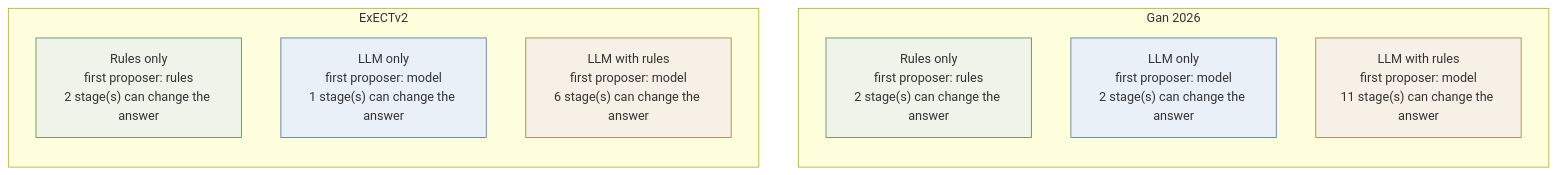
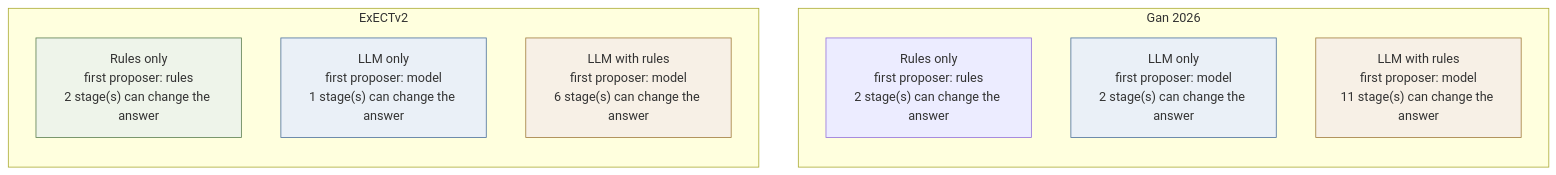
The diagram in docs/architecture/diagrams/overview.md (cbrown564-alt/clinical_extraction), drawn with Mermaid before and after one commit. The commit also changed 12 other files, not shown here.

Commit message:
feat: complete active Gan rules naming

````diff
--- a/docs/architecture/diagrams/overview.md
+++ b/docs/architecture/diagrams/overview.md
@@ -10,25 +10,25 @@
 ```mermaid
 flowchart TB
   subgraph gan2026[Gan 2026]
     direction TB
     gan2026_rules_only["Rules only<br/>first proposer: rules<br/>2 stage(s) can change the answer"]
     gan2026_llm_only["LLM only<br/>first proposer: model<br/>2 stage(s) can change the answer"]
     gan2026_llm_with_rules["LLM with rules<br/>first proposer: model<br/>11 stage(s) can change the answer"]
   end
   subgraph exectv2[ExECTv2]
     direction TB
     exectv2_rules_only["Rules only<br/>first proposer: rules<br/>2 stage(s) can change the answer"]
     exectv2_llm_only["LLM only<br/>first proposer: model<br/>1 stage(s) can change the answer"]
     exectv2_llm_with_rules["LLM with rules<br/>first proposer: model<br/>6 stage(s) can change the answer"]
   end
 
-  class gan2026_rules_only rules_only;
+  class gan2026_rules_only rules;
   class gan2026_llm_only llm_only;
   class gan2026_llm_with_rules llm_with_rules;
   class exectv2_rules_only rules_only;
   class exectv2_llm_only llm_only;
   class exectv2_llm_with_rules llm_with_rules;
   classDef rules_only fill:#eef4ea,stroke:#5a7d4f;
   classDef llm_only fill:#eaf0f7,stroke:#4a6f9c;
   classDef llm_with_rules fill:#f7f0e6,stroke:#a07b3c;
 ```
````
